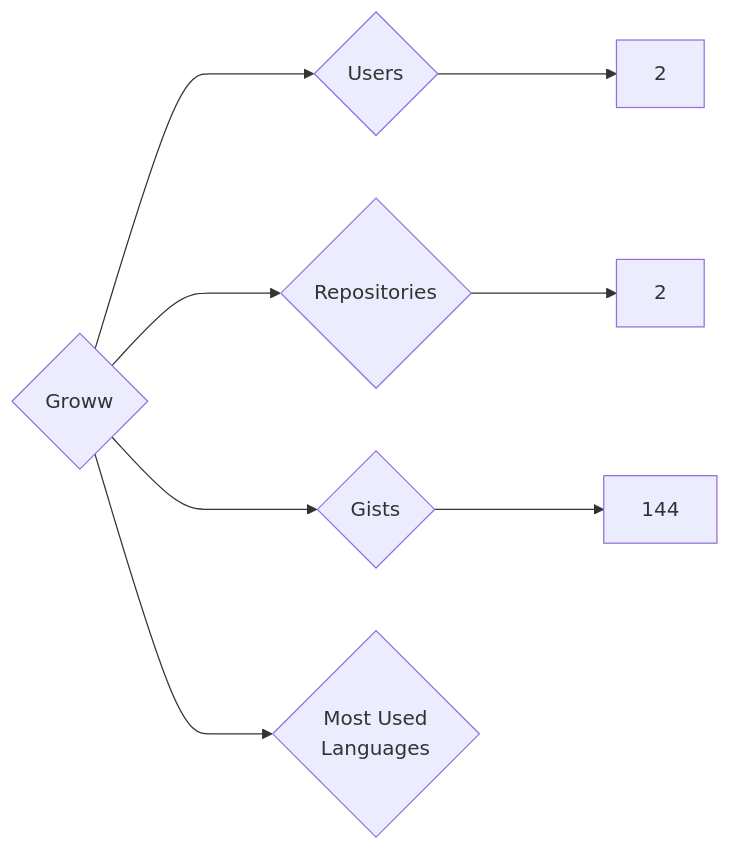
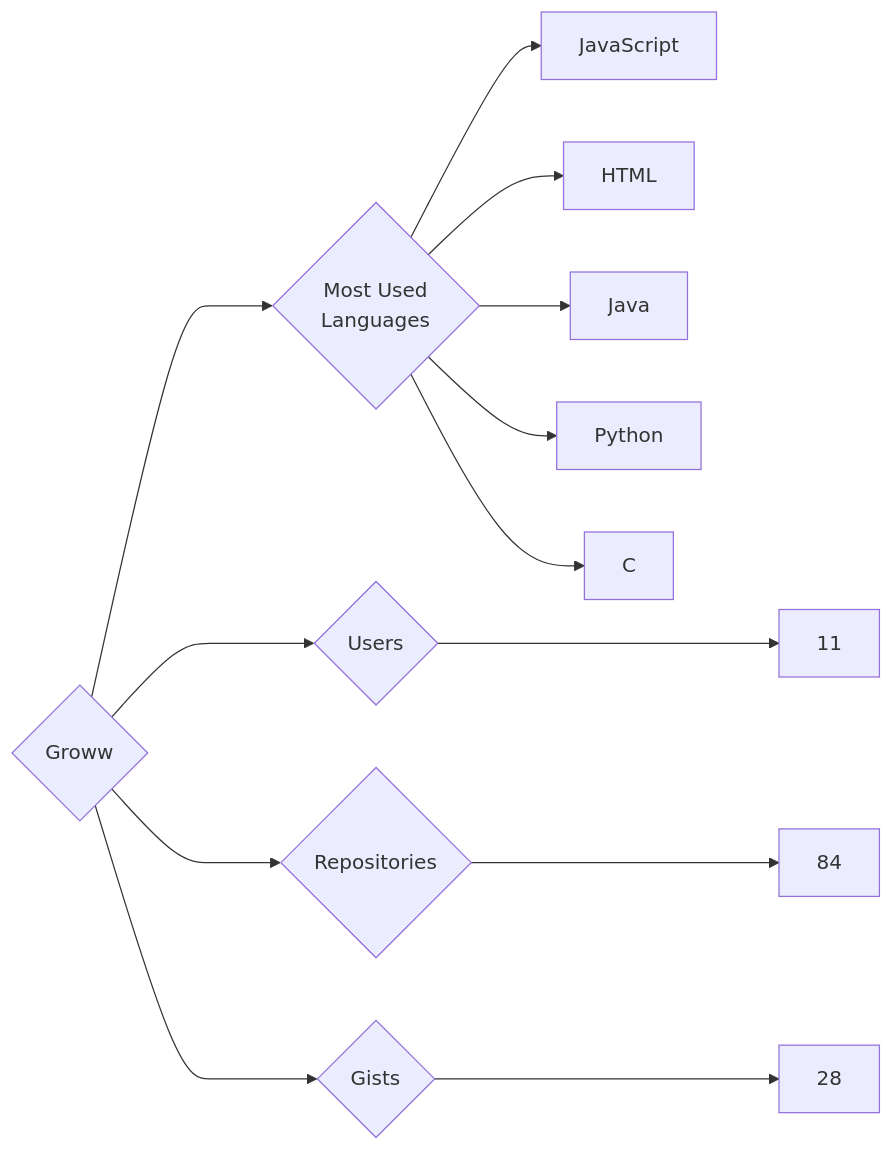
One commit to trickest/insiders changed the diagram in targets/Groww/README.md. Above: the diagram before and after it, drawn with Mermaid. The commit also changed 786 other files, not shown here.

````diff
--- a/targets/Groww/README.md
+++ b/targets/Groww/README.md
@@ -3,8 +3,13 @@
 ```mermaid
 graph LR
 COMPANY_NAME{Groww}
-COMPANY_NAME ---> U{Users} ---> UN[2]
-COMPANY_NAME ---> R{Repositories} ---> RN[2]
-COMPANY_NAME ---> G{Gists} ---> GN[144]
+COMPANY_NAME ---> U{Users} ---> UN[11]
+COMPANY_NAME ---> R{Repositories} ---> RN[84]
+COMPANY_NAME ---> G{Gists} ---> GN[28]
 COMPANY_NAME ---> ML{Most Used<br>Languages}
+ML --> JavaScript[JavaScript]
+ML --> HTML[HTML]
+ML --> Java[Java]
+ML --> Python[Python]
+ML --> C[C]
 ```
````
